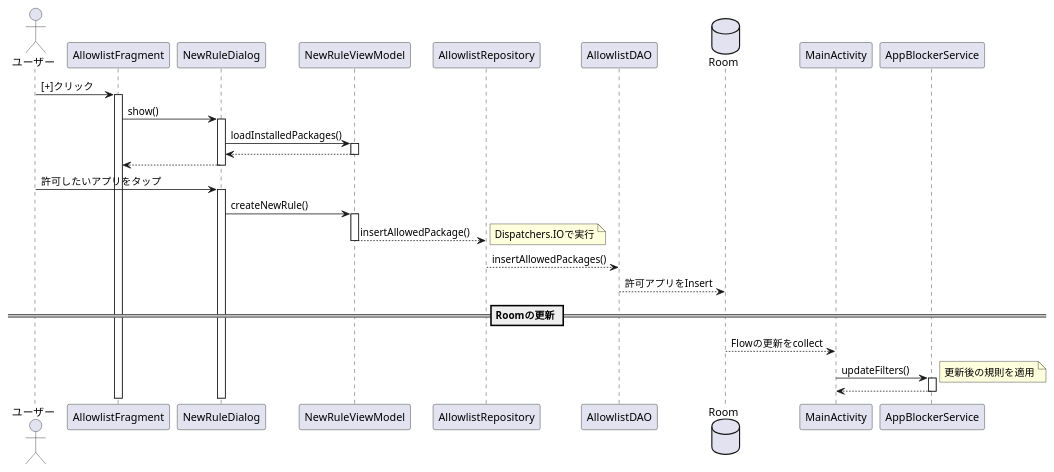
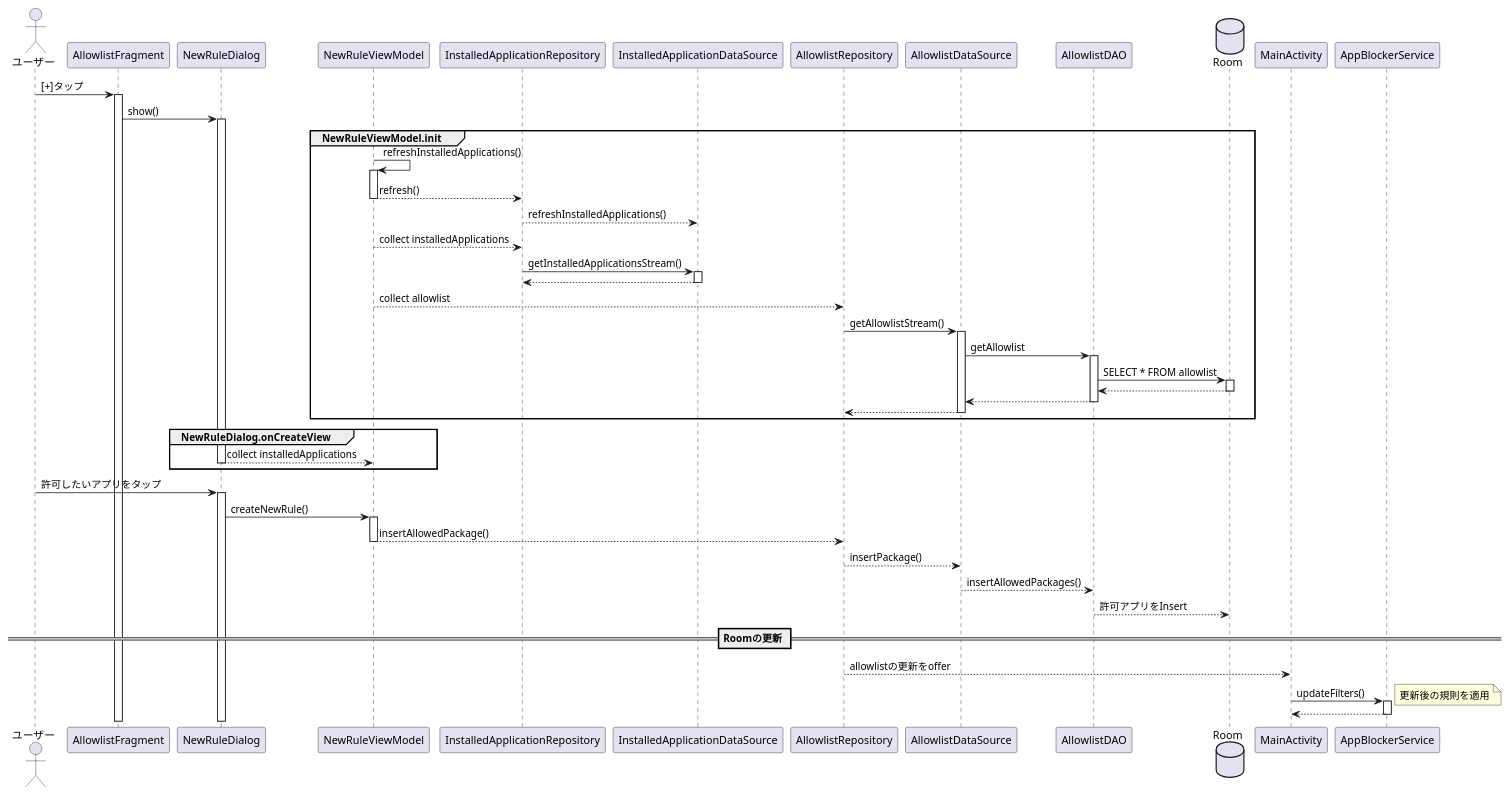
The first of 2 diagrams in docs/sequence.md (CASL0/simple_app_blocker), drawn with PlantUML before and after one commit.

Commit message:
許可アプリ更新のシーケンスを修正

````diff
--- a/docs/sequence.md
+++ b/docs/sequence.md
@@ -7,33 +7,53 @@
 ```plantuml
 @startuml
 autoactivate on
 actor ユーザー as user
 participant AllowlistFragment
 participant NewRuleDialog
 participant NewRuleViewModel
+participant InstalledApplicationRepository
+participant InstalledApplicationDataSource
 participant AllowlistRepository
+participant AllowlistDataSource
 participant AllowlistDAO
 database Room
 participant MainActivity
 participant AppBlockerService
 
-user -> AllowlistFragment : [+]クリック
+user -> AllowlistFragment : [+]タップ
 AllowlistFragment -> NewRuleDialog : show()
-NewRuleDialog -> NewRuleViewModel : loadInstalledPackages()
-return
-return
+
+group NewRuleViewModel.init
+    NewRuleViewModel -> NewRuleViewModel : refreshInstalledApplications()
+    NewRuleViewModel --> InstalledApplicationRepository : refresh()
+    InstalledApplicationRepository --> InstalledApplicationDataSource : refreshInstalledApplications()
+    NewRuleViewModel --> InstalledApplicationRepository : collect installedApplications
+    InstalledApplicationRepository -> InstalledApplicationDataSource :  getInstalledApplicationsStream()
+    return
+    NewRuleViewModel --> AllowlistRepository : collect allowlist
+    AllowlistRepository -> AllowlistDataSource : getAllowlistStream()
+    AllowlistDataSource -> AllowlistDAO : getAllowlist
+    AllowlistDAO -> Room : SELECT * FROM allowlist
+    return
+    return
+    return
+end
+
+group NewRuleDialog.onCreateView
+    NewRuleDialog --> NewRuleViewModel : collect installedApplications
+end
 user -> NewRuleDialog : 許可したいアプリをタップ
 NewRuleDialog -> NewRuleViewModel : createNewRule()
 NewRuleViewModel --> AllowlistRepository : insertAllowedPackage()
-note right : Dispatchers.IOで実行
-AllowlistRepository --> AllowlistDAO : insertAllowedPackages()
+AllowlistRepository --> AllowlistDataSource : insertPackage()
+AllowlistDataSource --> AllowlistDAO : insertAllowedPackages()
 AllowlistDAO --> Room : 許可アプリをInsert
 
 == Roomの更新 ==
 
-Room --> MainActivity : Flowの更新をcollect
+AllowlistRepository --> MainActivity : allowlistの更新をoffer
 MainActivity -> AppBlockerService : updateFilters()
 note right : 更新後の規則を適用
 return
 @enduml
 ```
````
